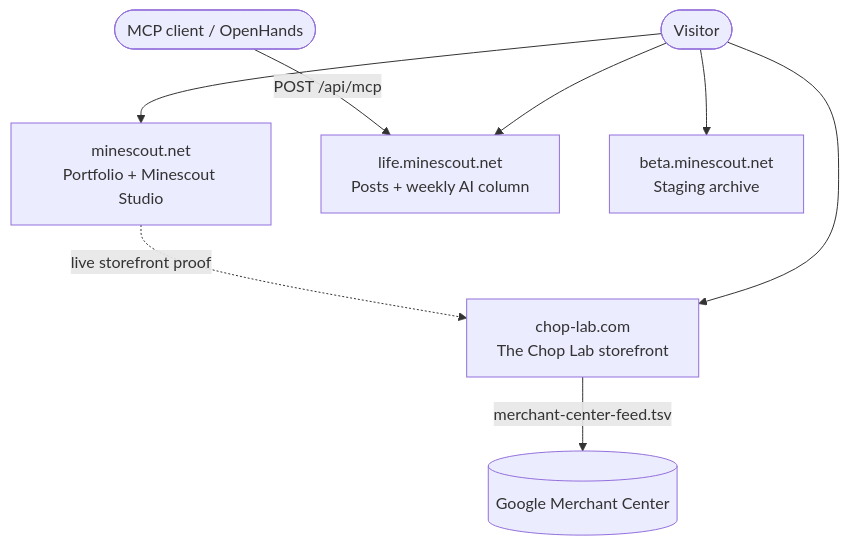
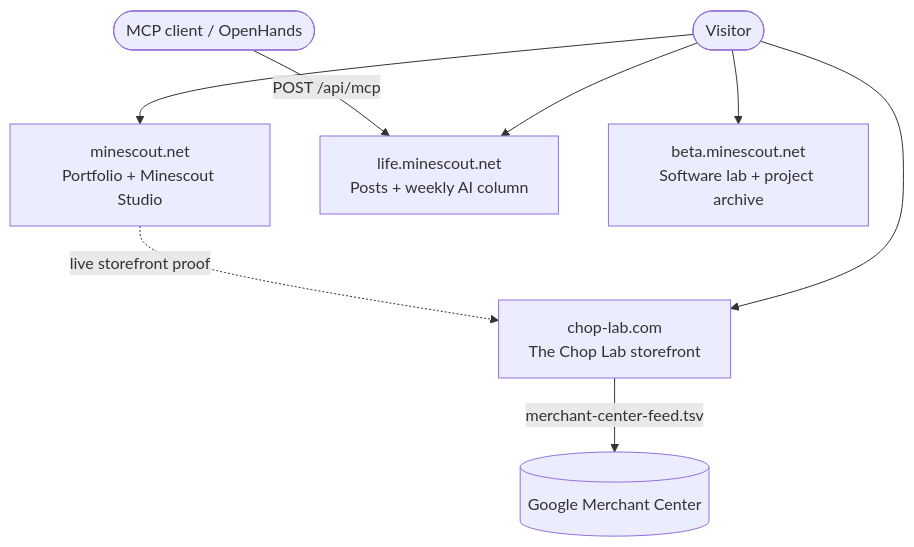
Before and after one commit to TheMinescout/workspace: the diagram in README.md, drawn with Mermaid. The commit also changed other lines of this file and 31 other files, not shown here.

First line of the commit message:
Rebuild Minescout Beta as a software lab catalogue

````diff
--- a/README.md
+++ b/README.md
@@ -34,11 +34,11 @@
 ```mermaid
 flowchart TB
   visitor([Visitor]) --> portfolio[minescout.net<br/>Portfolio + Minescout Studio]
   visitor --> life[life.minescout.net<br/>Posts + weekly AI column]
-  visitor --> beta[beta.minescout.net<br/>Staging archive]
+  visitor --> beta[beta.minescout.net<br/>Software lab + project archive]
   visitor --> lab[chop-lab.com<br/>The Chop Lab storefront]
 
   portfolio -. "live storefront proof" .-> lab
   agent([MCP client / OpenHands]) -->|"POST /api/mcp"| life
   lab -->|"merchant-center-feed.tsv"| gmc[(Google Merchant Center)]
 ```
````
